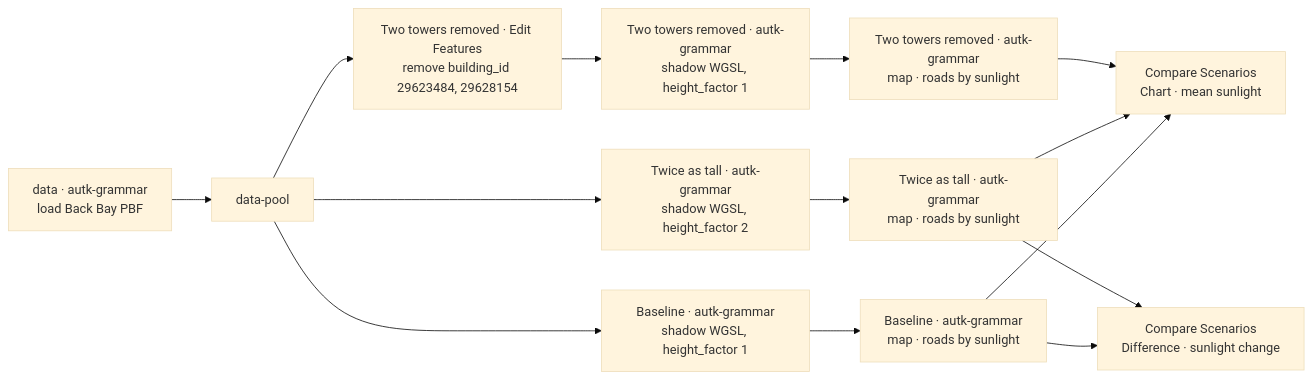
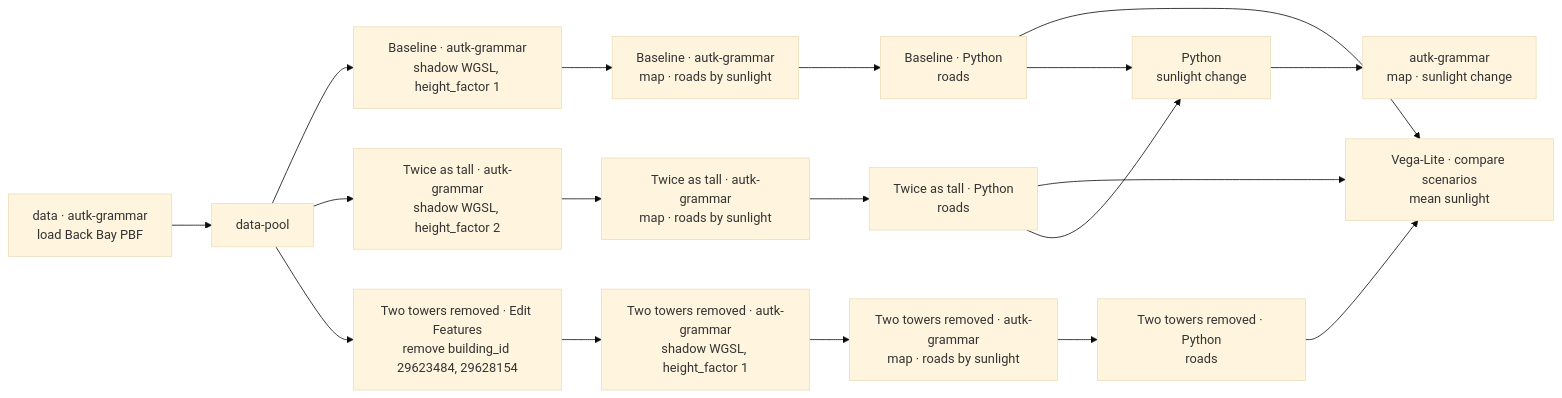
The diagram in docs/examples/06-autark-what-if-shadow-study.md (urban-toolkit/curio), drawn with Mermaid (base theme) before and after one commit. The commit also changed other lines of this file and 180 other files, not shown here.

First line of the commit message:
Replace Compare Scenarios node with Vega-Lite compare toggle; add what-if examples

````diff
--- a/docs/examples/06-autark-what-if-shadow-study.md
+++ b/docs/examples/06-autark-what-if-shadow-study.md
@@ -18,23 +18,28 @@
 ```mermaid
 flowchart LR
   D["data · autk-grammar<br/>load Back Bay PBF"]
   P["data-pool"]
   BC["Baseline · autk-grammar<br/>shadow WGSL, height_factor 1"]
   BM["Baseline · autk-grammar<br/>map · roads by sunlight"]
   MC["Twice as tall · autk-grammar<br/>shadow WGSL, height_factor 2"]
   MM["Twice as tall · autk-grammar<br/>map · roads by sunlight"]
   TE["Two towers removed · Edit Features<br/>remove building_id 29623484, 29628154"]
   TC["Two towers removed · autk-grammar<br/>shadow WGSL, height_factor 1"]
   TM["Two towers removed · autk-grammar<br/>map · roads by sunlight"]
-  CC["Compare Scenarios<br/>Chart · mean sunlight"]
-  CD["Compare Scenarios<br/>Difference · sunlight change"]
+  BR["Baseline · Python<br/>roads"]
+  MR["Twice as tall · Python<br/>roads"]
+  TR["Two towers removed · Python<br/>roads"]
+  CC["Vega-Lite · compare scenarios<br/>mean sunlight"]
+  CD["Python<br/>sunlight change"]
+  CM["autk-grammar<br/>map · sunlight change"]
   D --> P
-  P --> BC --> BM
-  P --> MC --> MM
-  P --> TE --> TC --> TM
-  BM --> CC
-  MM --> CC
-  TM --> CC
-  BM --> CD
-  MM --> CD
+  P --> BC --> BM --> BR
+  P --> MC --> MM --> MR
+  P --> TE --> TC --> TM --> TR
+  BR --> CC
+  MR --> CC
+  TR --> CC
+  BR --> CD
+  MR --> CD
+  CD --> CM
 ```
````
